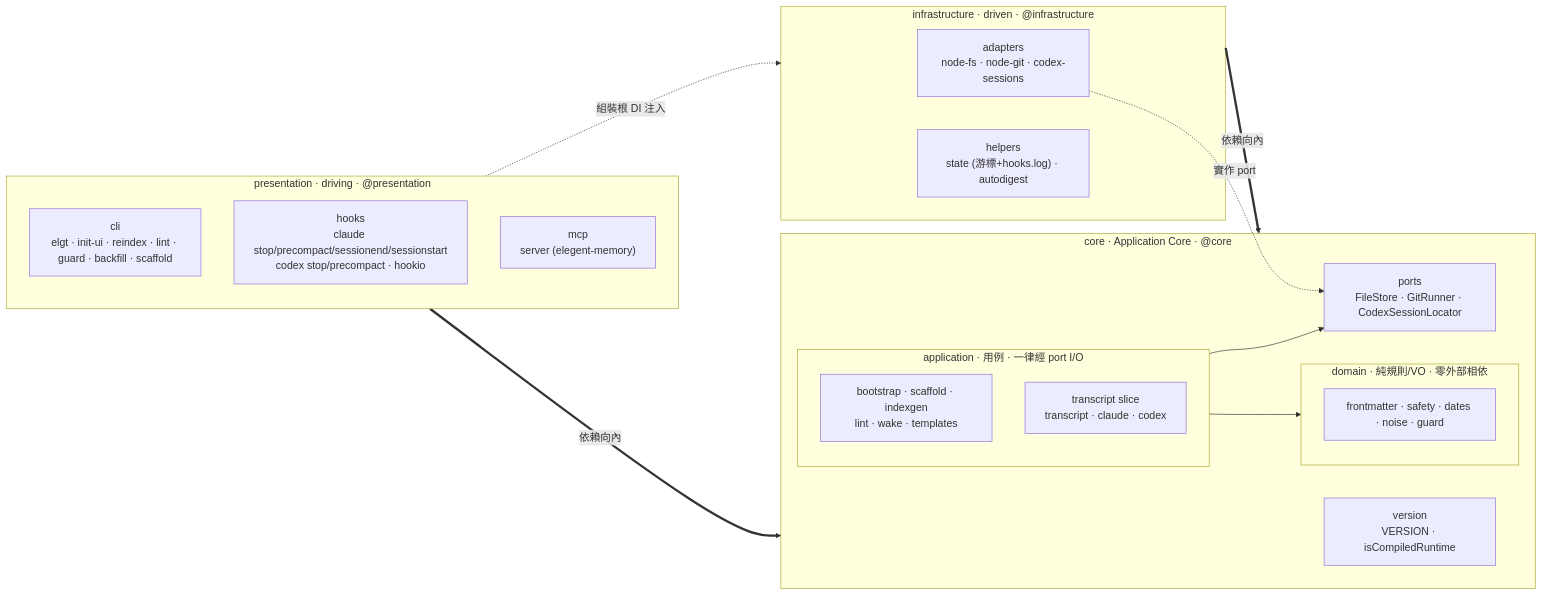
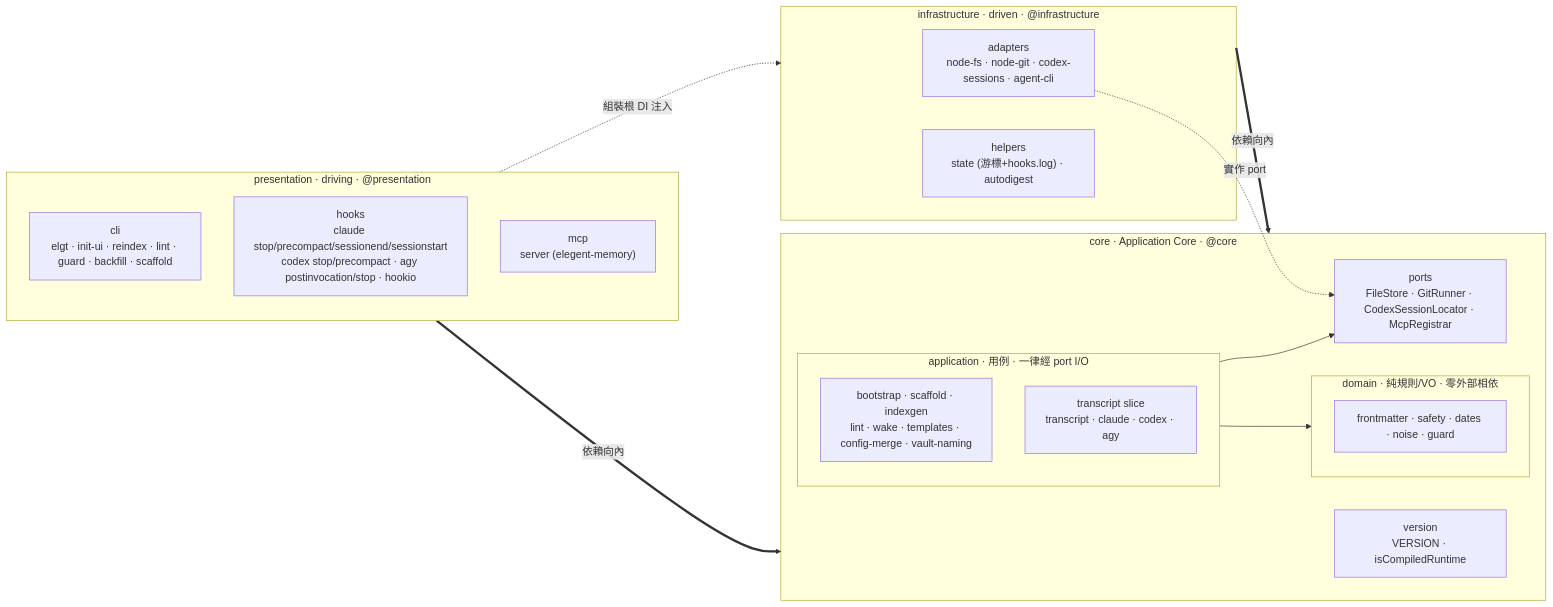
One commit to neokn/elegent changed the second of 5 diagrams in docs/architecture/4plus1.md. Above: the diagram before and after it, drawn with Mermaid. The commit also changed other lines of this file and 24 other files, not shown here.

First line of the commit message:
fix(init): 修正 hooks/MCP/多 vault 查詢的正確性問題，同步文件

````diff
--- a/docs/architecture/4plus1.md
+++ b/docs/architecture/4plus1.md
@@ -103,30 +103,30 @@
 ```mermaid
 flowchart LR
     subgraph P["presentation · driving · @presentation"]
         Pcli["cli<br/>elgt · init-ui · reindex · lint · guard · backfill · scaffold"]
-        Phooks["hooks<br/>claude stop/precompact/sessionend/sessionstart<br/>codex stop/precompact · hookio"]
+        Phooks["hooks<br/>claude stop/precompact/sessionend/sessionstart<br/>codex stop/precompact · agy postinvocation/stop · hookio"]
         Pmcp["mcp<br/>server (elegent-memory)"]
     end
     subgraph C["core · Application Core · @core"]
         subgraph CA["application · 用例 · 一律經 port I/O"]
-            CAuc["bootstrap · scaffold · indexgen<br/>lint · wake · templates"]
-            CAts["transcript slice<br/>transcript · claude · codex"]
+            CAuc["bootstrap · scaffold · indexgen<br/>lint · wake · templates · config-merge · vault-naming"]
+            CAts["transcript slice<br/>transcript · claude · codex · agy"]
         end
         subgraph CD["domain · 純規則/VO · 零外部相依"]
             CDdom["frontmatter · safety · dates · noise · guard"]
         end
-        Cports["ports<br/>FileStore · GitRunner · CodexSessionLocator"]
+        Cports["ports<br/>FileStore · GitRunner · CodexSessionLocator · McpRegistrar"]
         Cver["version<br/>VERSION · isCompiledRuntime"]
     end
     subgraph I["infrastructure · driven · @infrastructure"]
-        Iad["adapters<br/>node-fs · node-git · codex-sessions"]
+        Iad["adapters<br/>node-fs · node-git · codex-sessions · agent-cli"]
         Ihelp["helpers<br/>state (游標+hooks.log) · autodigest"]
     end
 
     P ==>|依賴向內| C
     I ==>|依賴向內| C
     CA --> CD
     CA --> Cports
     Iad -.實作 port.-> Cports
     P -.組裝根 DI 注入.-> I
 ```
````
